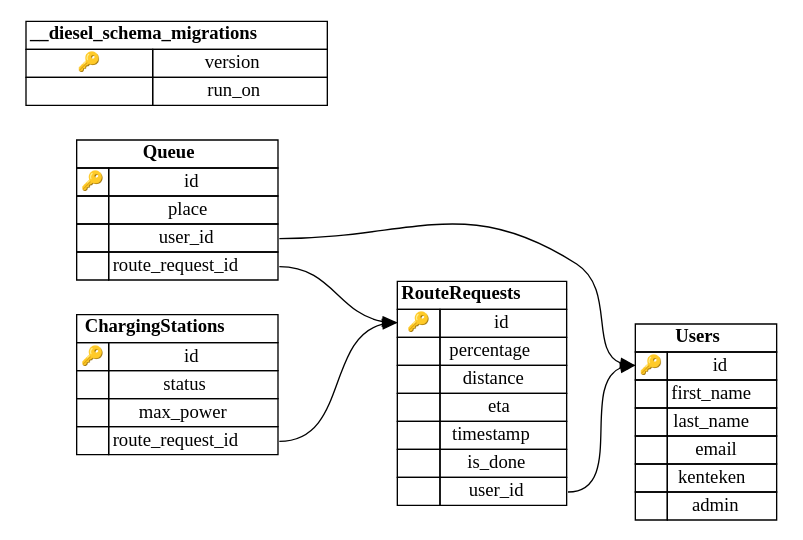
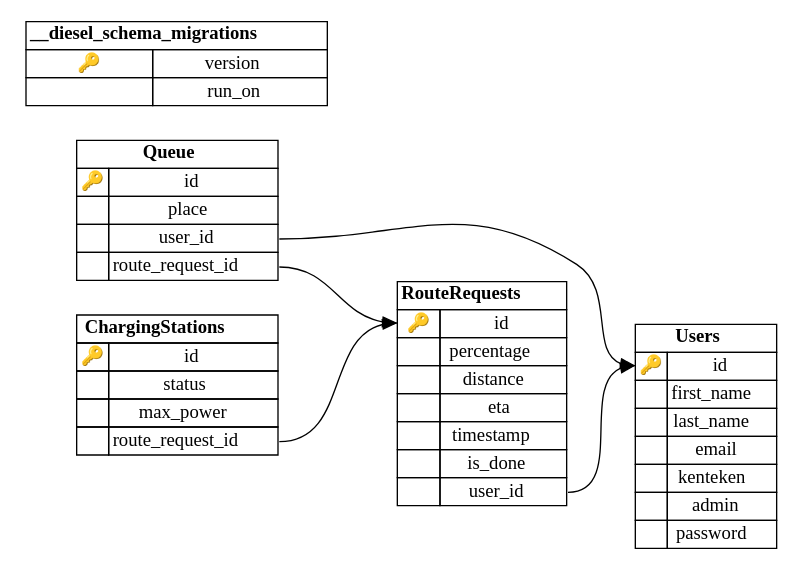
One commit to meganpieters/ProjectDMegAryan changed the diagram in backend/db/schema.dot. Above: the diagram before and after it, drawn with Graphviz. The commit also changed 11 other files, not shown here.

```diff
--- a/backend/db/schema.dot
+++ b/backend/db/schema.dot
@@ -1,193 +1,199 @@
 
 digraph structs {
 
 
 rankdir="LR"
 
 
 node [shape=none]
 
 ChargingStations [label=<
             <TABLE BORDER="0" CELLSPACING="0" CELLBORDER="1">
                 <TR>
                     <TD COLSPAN="2"><B>ChargingStations</B></TD>
                 </TR>
             
                 <TR>
                     <TD PORT="id_to">🔑</TD>
                     <TD PORT="id_from">id</TD>
                 </TR>
             
 
                 <TR>
                     <TD PORT="status_to">&nbsp;</TD>
                     <TD PORT="status_from">status</TD>
                 </TR>
             
 
                 <TR>
                     <TD PORT="max_power_to">&nbsp;</TD>
                     <TD PORT="max_power_from">max_power</TD>
                 </TR>
             
 
                 <TR>
                     <TD PORT="route_request_id_to">&nbsp;</TD>
                     <TD PORT="route_request_id_from">route_request_id</TD>
                 </TR>
             
             </TABLE>
         >];
         
 Queue [label=<
             <TABLE BORDER="0" CELLSPACING="0" CELLBORDER="1">
                 <TR>
                     <TD COLSPAN="2"><B>Queue</B></TD>
                 </TR>
             
                 <TR>
                     <TD PORT="id_to">🔑</TD>
                     <TD PORT="id_from">id</TD>
                 </TR>
             
 
                 <TR>
                     <TD PORT="place_to">&nbsp;</TD>
                     <TD PORT="place_from">place</TD>
                 </TR>
             
 
                 <TR>
                     <TD PORT="user_id_to">&nbsp;</TD>
                     <TD PORT="user_id_from">user_id</TD>
                 </TR>
             
 
                 <TR>
                     <TD PORT="route_request_id_to">&nbsp;</TD>
                     <TD PORT="route_request_id_from">route_request_id</TD>
                 </TR>
             
             </TABLE>
         >];
         
 RouteRequests [label=<
             <TABLE BORDER="0" CELLSPACING="0" CELLBORDER="1">
                 <TR>
                     <TD COLSPAN="2"><B>RouteRequests</B></TD>
                 </TR>
             
                 <TR>
                     <TD PORT="id_to">🔑</TD>
                     <TD PORT="id_from">id</TD>
                 </TR>
             
 
                 <TR>
                     <TD PORT="percentage_to">&nbsp;</TD>
                     <TD PORT="percentage_from">percentage</TD>
                 </TR>
             
 
                 <TR>
                     <TD PORT="distance_to">&nbsp;</TD>
                     <TD PORT="distance_from">distance</TD>
                 </TR>
             
 
                 <TR>
                     <TD PORT="eta_to">&nbsp;</TD>
                     <TD PORT="eta_from">eta</TD>
                 </TR>
             
 
                 <TR>
                     <TD PORT="timestamp_to">&nbsp;</TD>
                     <TD PORT="timestamp_from">timestamp</TD>
                 </TR>
             
 
                 <TR>
                     <TD PORT="is_done_to">&nbsp;</TD>
                     <TD PORT="is_done_from">is_done</TD>
                 </TR>
             
 
                 <TR>
                     <TD PORT="user_id_to">&nbsp;</TD>
                     <TD PORT="user_id_from">user_id</TD>
                 </TR>
             
             </TABLE>
         >];
         
 Users [label=<
             <TABLE BORDER="0" CELLSPACING="0" CELLBORDER="1">
                 <TR>
                     <TD COLSPAN="2"><B>Users</B></TD>
                 </TR>
             
                 <TR>
                     <TD PORT="id_to">🔑</TD>
                     <TD PORT="id_from">id</TD>
                 </TR>
             
 
                 <TR>
                     <TD PORT="first_name_to">&nbsp;</TD>
                     <TD PORT="first_name_from">first_name</TD>
                 </TR>
             
 
                 <TR>
                     <TD PORT="last_name_to">&nbsp;</TD>
                     <TD PORT="last_name_from">last_name</TD>
                 </TR>
             
 
                 <TR>
                     <TD PORT="email_to">&nbsp;</TD>
                     <TD PORT="email_from">email</TD>
                 </TR>
             
 
                 <TR>
                     <TD PORT="kenteken_to">&nbsp;</TD>
                     <TD PORT="kenteken_from">kenteken</TD>
                 </TR>
             
 
                 <TR>
                     <TD PORT="admin_to">&nbsp;</TD>
                     <TD PORT="admin_from">admin</TD>
                 </TR>
             
+
+                <TR>
+                    <TD PORT="password_to">&nbsp;</TD>
+                    <TD PORT="password_from">password</TD>
+                </TR>
+            
             </TABLE>
         >];
         
 __diesel_schema_migrations [label=<
             <TABLE BORDER="0" CELLSPACING="0" CELLBORDER="1">
                 <TR>
                     <TD COLSPAN="2"><B>__diesel_schema_migrations</B></TD>
                 </TR>
             
                 <TR>
                     <TD PORT="version_to">🔑</TD>
                     <TD PORT="version_from">version</TD>
                 </TR>
             
 
                 <TR>
                     <TD PORT="run_on_to">&nbsp;</TD>
                     <TD PORT="run_on_from">run_on</TD>
                 </TR>
             
             </TABLE>
         >];
         
 ChargingStations:route_request_id_from:e -> RouteRequests:id_to:w
 Queue:route_request_id_from:e -> RouteRequests:id_to:w
 Queue:user_id_from:e -> Users:id_to:w
 RouteRequests:user_id_from:e -> Users:id_to:w
 
 }
```
